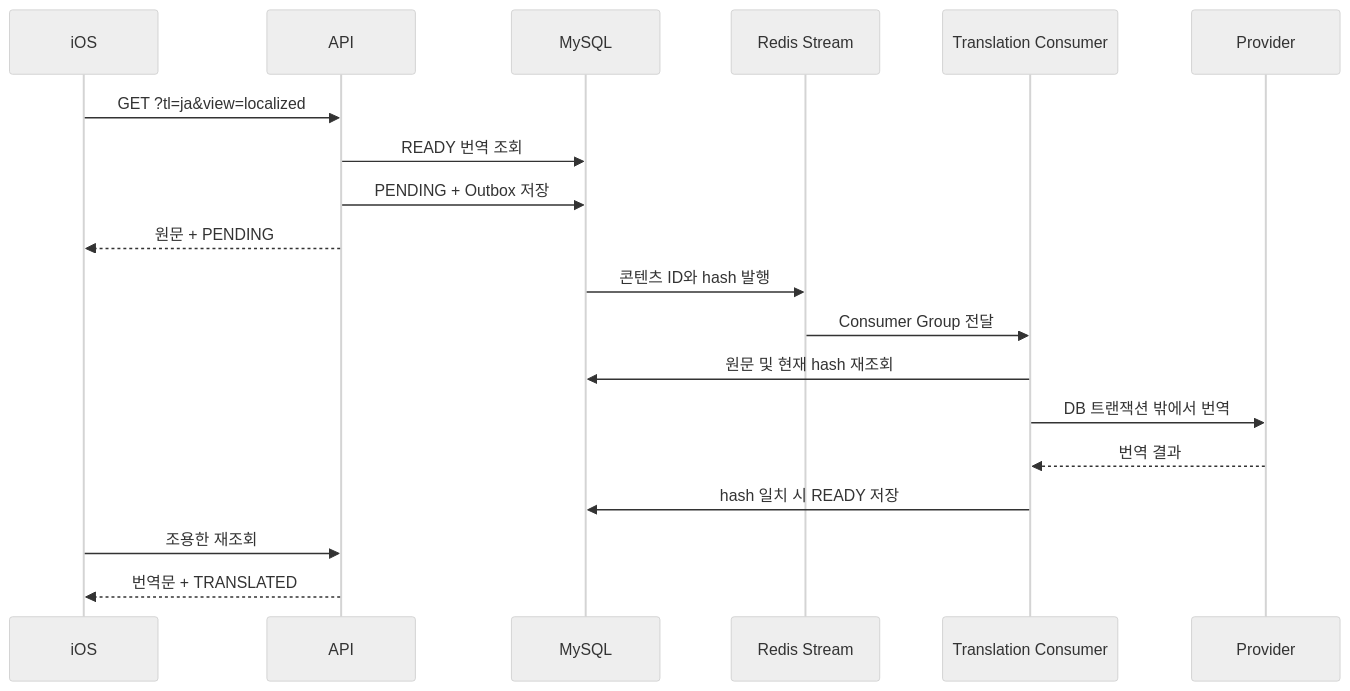
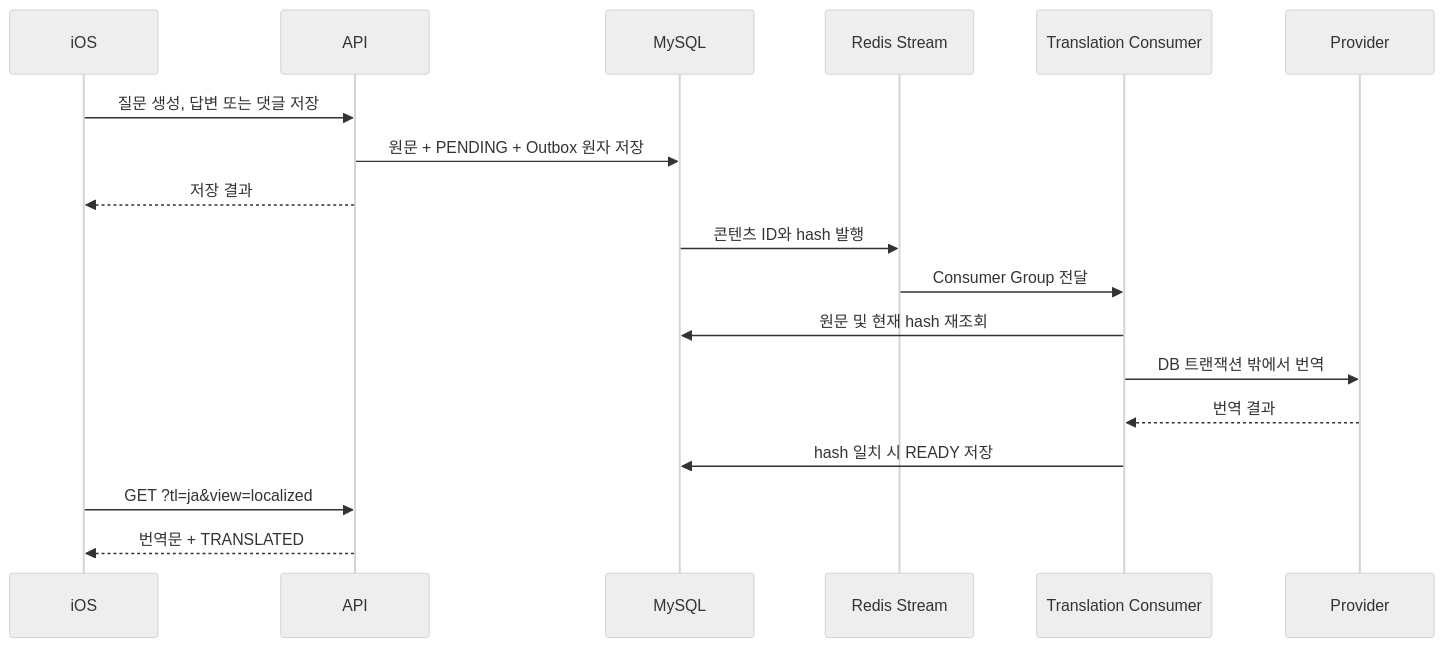
Before and after one commit to ghkdqhrbals/buddy-studdy: the diagram in docs/QUESTION_LOCALIZATION.md, drawn with Mermaid (neutral theme). The commit also changed other lines of this file and 26 other files, not shown here.

````diff
--- a/docs/QUESTION_LOCALIZATION.md
+++ b/docs/QUESTION_LOCALIZATION.md
@@ -105,22 +107,21 @@
 ```mermaid
 sequenceDiagram
     participant App as iOS
     participant API
     participant DB as MySQL
     participant Stream as Redis Stream
     participant Worker as Translation Consumer
     participant Provider
 
-    App->>API: GET ?tl=ja&view=localized
-    API->>DB: READY 번역 조회
-    API->>DB: PENDING + Outbox 저장
-    API-->>App: 원문 + PENDING
+    App->>API: 질문 생성, 답변 또는 댓글 저장
+    API->>DB: 원문 + PENDING + Outbox 원자 저장
+    API-->>App: 저장 결과
     DB->>Stream: 콘텐츠 ID와 hash 발행
     Stream->>Worker: Consumer Group 전달
     Worker->>DB: 원문 및 현재 hash 재조회
     Worker->>Provider: DB 트랜잭션 밖에서 번역
     Provider-->>Worker: 번역 결과
     Worker->>DB: hash 일치 시 READY 저장
-    App->>API: 조용한 재조회
+    App->>API: GET ?tl=ja&view=localized
     API-->>App: 번역문 + TRANSLATED
 ```
````
